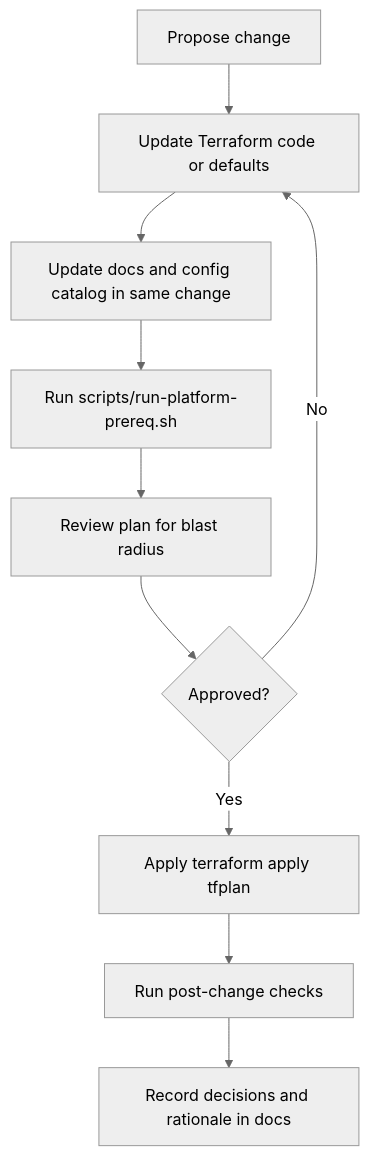
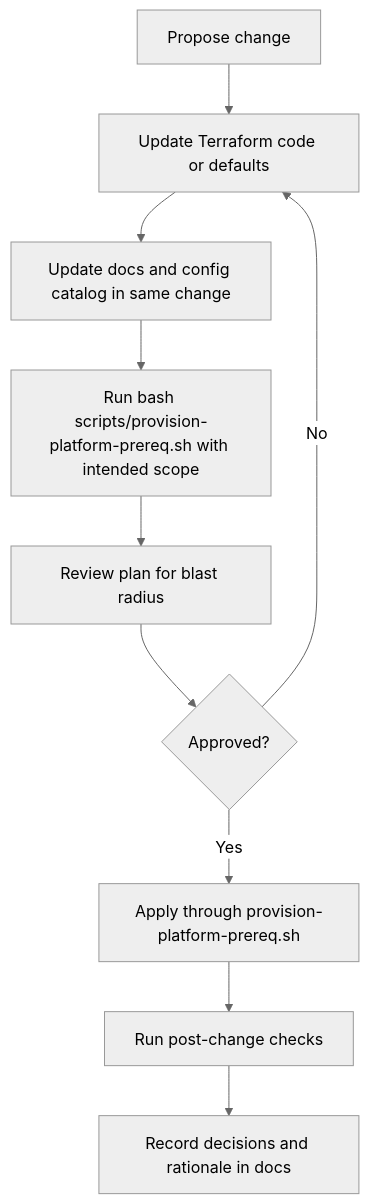
Before and after one commit to sml-global/mongodb: the ninth of 9 diagrams in platform-prerequisites/terraform/README.md, drawn with Mermaid (neutral theme). The commit also changed other lines of this file and 34 other files, not shown here.

Commit message:
feat: add scoped provisioning flows and docs cleanup

````diff
--- a/platform-prerequisites/terraform/README.md
+++ b/platform-prerequisites/terraform/README.md
@@ -885,12 +1063,12 @@
 ```mermaid
 flowchart TD
   A[Propose change] --> B[Update Terraform code or defaults]
   B --> C[Update docs and config catalog in same change]
-  C --> D[Run scripts/run-platform-prereq.sh]
+  C --> D[Run bash scripts/provision-platform-prereq.sh with intended scope]
   D --> E[Review plan for blast radius]
   E --> F{Approved?}
   F -->|No| B
-  F -->|Yes| G[Apply terraform apply tfplan]
+  F -->|Yes| G[Apply through provision-platform-prereq.sh]
   G --> H[Run post-change checks]
   H --> I[Record decisions and rationale in docs]
 ```
````
